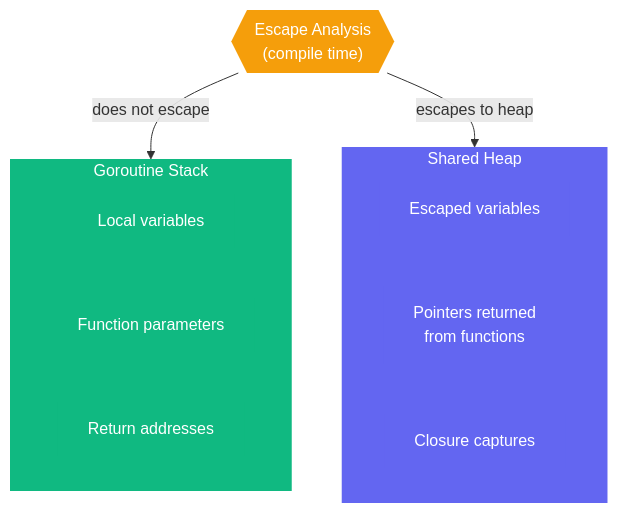
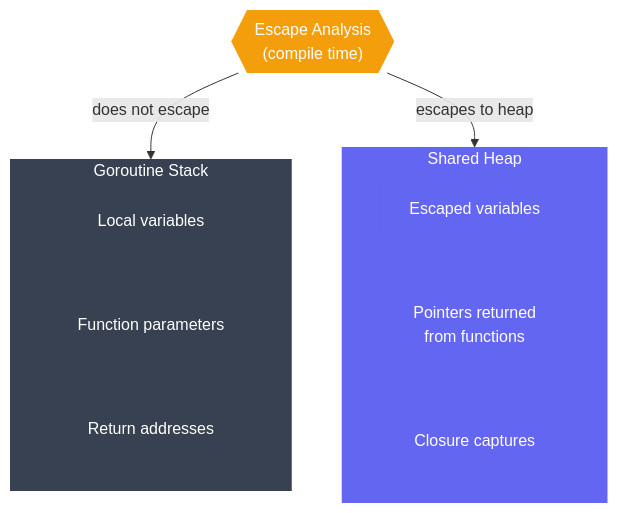
One commit to ashwingopalsamy/site changed the first of 3 diagrams in content/writing/go-pointers-and-memory-management.md. Above: the diagram before and after it, drawn with Mermaid. The commit also changed other lines of this file and 26 other files, not shown here.

```diff
--- a/content/writing/go-pointers-and-memory-management.md
+++ b/content/writing/go-pointers-and-memory-management.md
@@ -22,29 +22,29 @@
 {{< mermaid >}}
 graph TD
     subgraph STACK["Goroutine Stack"]
         S1["Local variables"]
         S2["Function parameters"]
         S3["Return addresses"]
     end
 
     subgraph HEAP["Shared Heap"]
         H1["Escaped variables"]
         H2["Pointers returned<br/>from functions"]
         H3["Closure captures"]
     end
 
     EA{{"Escape Analysis<br/>(compile time)"}}
 
     EA -- "does not escape" --> STACK
     EA -- "escapes to heap" --> HEAP
 
-    style STACK fill:#10b981,color:#fff,stroke:none
+    style STACK fill:#374151,color:#fff,stroke:none
     style HEAP fill:#6366f1,color:#fff,stroke:none
     style EA fill:#f59e0b,color:#fff,stroke:none
-    style S1 fill:#10b981,color:#fff,stroke:none
-    style S2 fill:#10b981,color:#fff,stroke:none
-    style S3 fill:#10b981,color:#fff,stroke:none
+    style S1 fill:#374151,color:#fff,stroke:none
+    style S2 fill:#374151,color:#fff,stroke:none
+    style S3 fill:#374151,color:#fff,stroke:none
     style H1 fill:#6366f1,color:#fff,stroke:none
     style H2 fill:#6366f1,color:#fff,stroke:none
     style H3 fill:#6366f1,color:#fff,stroke:none
 {{< /mermaid >}}
```
